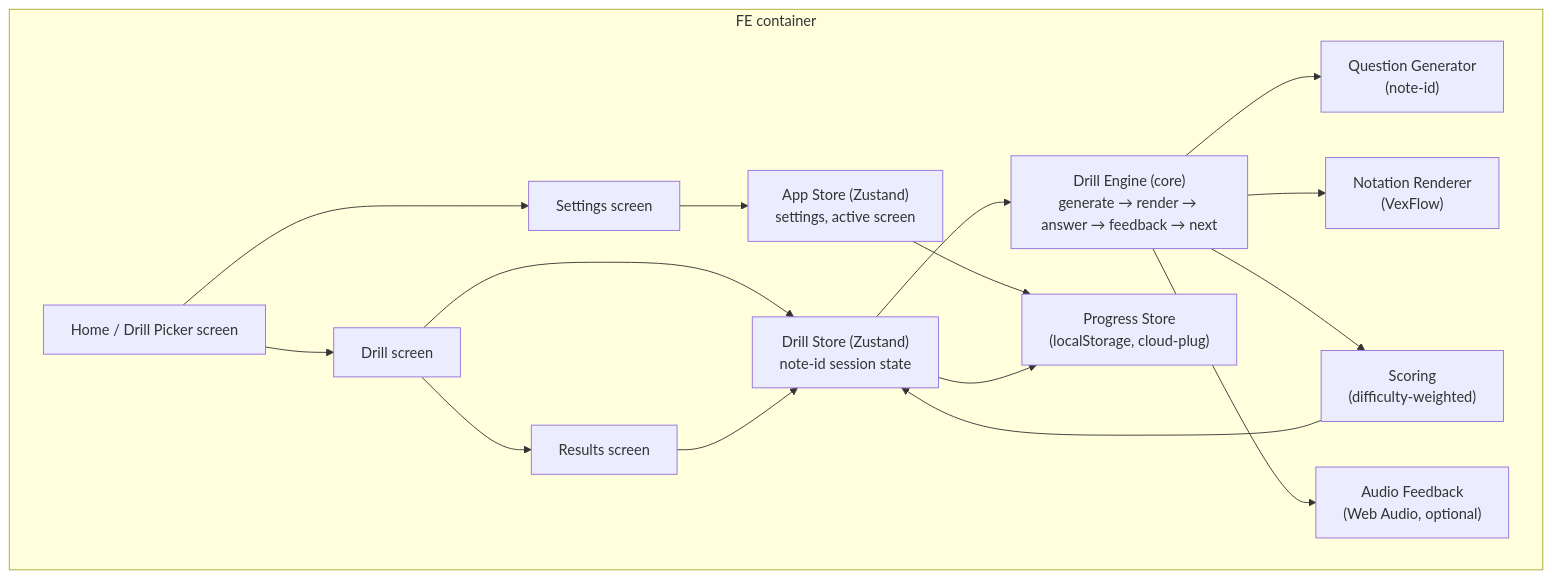
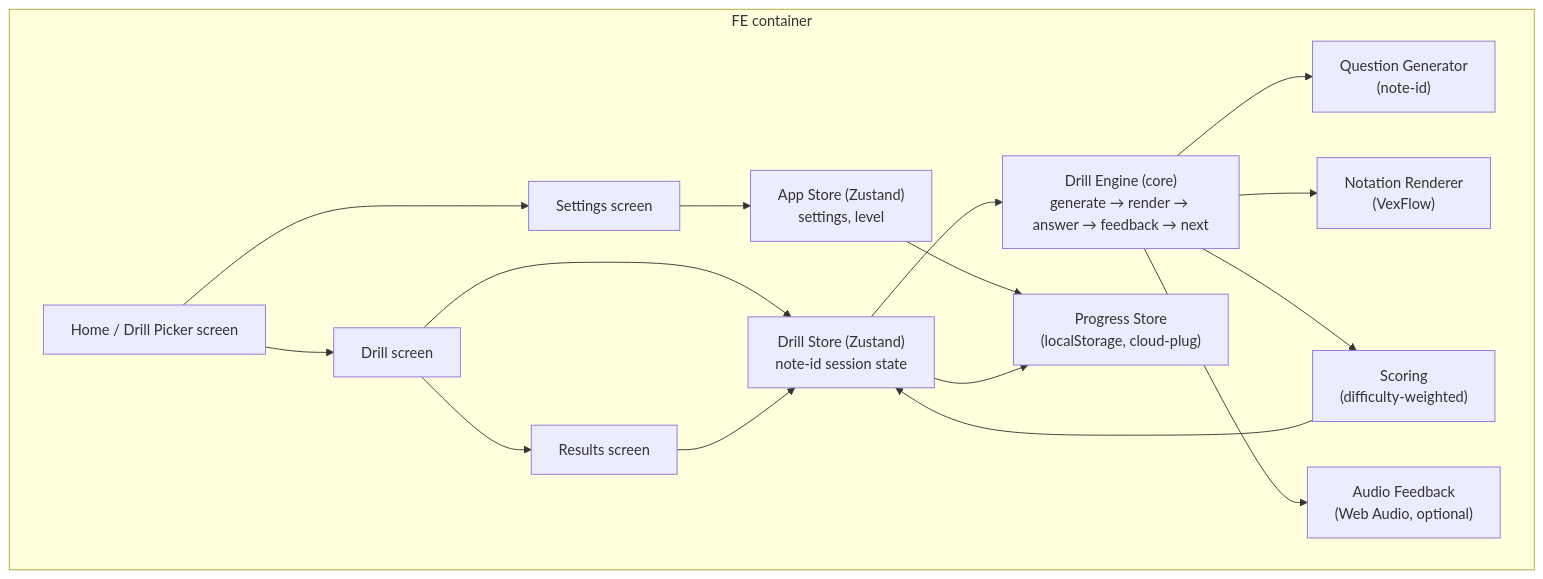
One commit to thewind121212/musoni changed the third of 4 diagrams in docs/summary.md. Above: the diagram before and after it, drawn with Mermaid. The commit also changed 2 other files, not shown here.

Commit message:
docs: React Router for FE navigation (stack, architecture, diagram)

````diff
--- a/docs/summary.md
+++ b/docs/summary.md
@@ -50,32 +50,32 @@
 ```mermaid
 graph TB
   subgraph "FE container"
     HOME["Home / Drill Picker screen"]
     DRILL["Drill screen"]
     RESULTS["Results screen"]
     SET["Settings screen"]
 
-    APPSTORE["App Store (Zustand)<br/>settings, active screen"]
+    APPSTORE["App Store (Zustand)<br/>settings, level"]
     DRILLSTORE["Drill Store (Zustand)<br/>note-id session state"]
     ENGINE["Drill Engine (core)<br/>generate → render → answer → feedback → next"]
     GEN["Question Generator<br/>(note-id)"]
     REND["Notation Renderer<br/>(VexFlow)"]
     SCORE["Scoring<br/>(difficulty-weighted)"]
     STORE["Progress Store<br/>(localStorage, cloud-plug)"]
     AUDIO["Audio Feedback<br/>(Web Audio, optional)"]
 
     HOME --> DRILL --> RESULTS
     HOME --> SET
     SET --> APPSTORE
     DRILL --> DRILLSTORE
     DRILLSTORE --> ENGINE
     APPSTORE --> STORE
     DRILLSTORE --> STORE
     ENGINE --> GEN
     ENGINE --> REND
     ENGINE --> SCORE
     ENGINE --> AUDIO
     SCORE --> DRILLSTORE
     RESULTS --> DRILLSTORE
   end
 ```
````
